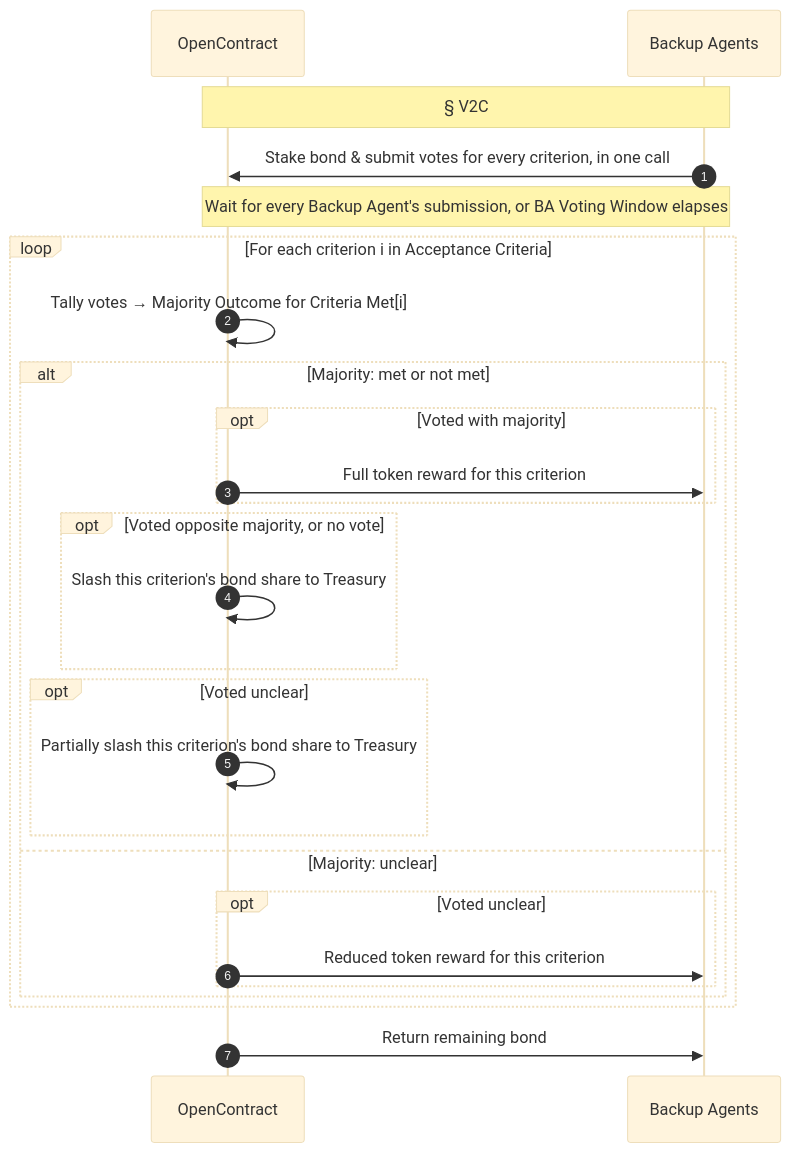
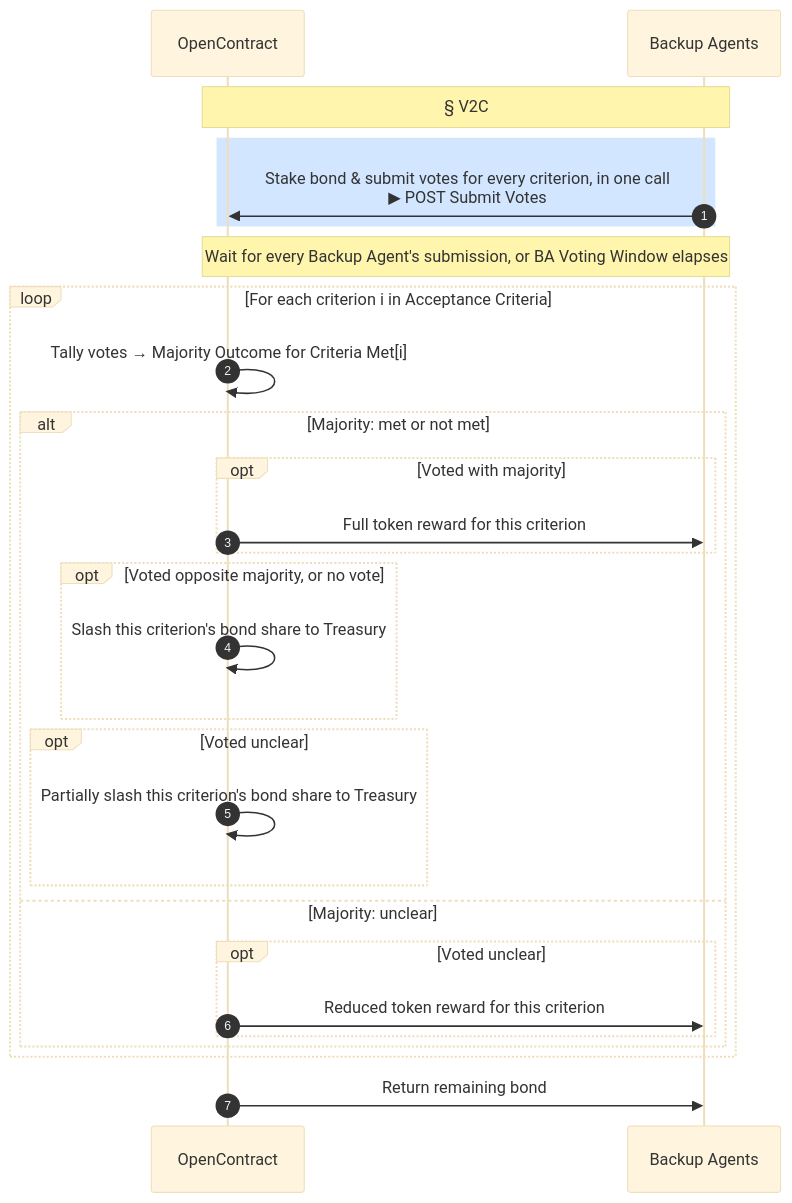
The diagram in docs/core-concepts/consensus.mdx (ronming1303/open-contract), drawn with Mermaid (base theme) before and after one commit. The commit also changed 1 other file, not shown here.

Commit message:
Tag real API calls in lifecycle diagrams and fix branch semantics
Marks every arrow that's a real POST call (Create/Cancel/Accept
Contract, Withdraw, Submit Delivery, Approve/Dispute Delivery,
Submit Votes) with a light-blue rect highlight and a "▶ POST <name>"
second line, so the diagrams visually distinguish externally-
triggered calls from OpenContract's own automatic actions.

Also fixes two structural issues found while doing this: Matching's
break blocks (cancel/decline/timeout) stay as break, not alt/else,
since they terminate the contract rather than converging into a
shared continuation like Verification's three outcomes do; and FDP's
Worker-declines path is now its own break with an explicit Accept
Contract (accept:false) call, separated from the Match Deadline
timeout it was previously lumped in with. Verification's three
outcomes (approved early / disputed / timed out) are now an explicit
alt/else, and the disputed branch now shows status returning to
resolved once V2C concludes, matching the other two branches.

````diff
--- a/docs/core-concepts/consensus.mdx
+++ b/docs/core-concepts/consensus.mdx
@@ -36,32 +36,34 @@
 ```mermaid
 sequenceDiagram
     autonumber
     participant OC as OpenContract
     participant BA as Backup Agents
 
     Note over OC,BA: § V2C
-    BA->>OC: Stake bond & submit votes for every criterion, in one call
+    rect rgb(210, 230, 255)
+    BA->>OC: Stake bond & submit votes for every criterion, in one call<br/>▶ POST Submit Votes
+    end
 
     Note over OC,BA: Wait for every Backup Agent's submission, or BA Voting Window elapses
 
     loop For each criterion i in Acceptance Criteria
         OC->>OC: Tally votes → Majority Outcome for Criteria Met[i]
         alt Majority: met or not met
             opt Voted with majority
                 OC->>BA: Full token reward for this criterion
             end
             opt Voted opposite majority, or no vote
                 OC->>OC: Slash this criterion's bond share to Treasury
             end
             opt Voted unclear
                 OC->>OC: Partially slash this criterion's bond share to Treasury
             end
         else Majority: unclear
             opt Voted unclear
                 OC->>BA: Reduced token reward for this criterion
             end
         end
     end
 
     OC->>BA: Return remaining bond
 ```
````
